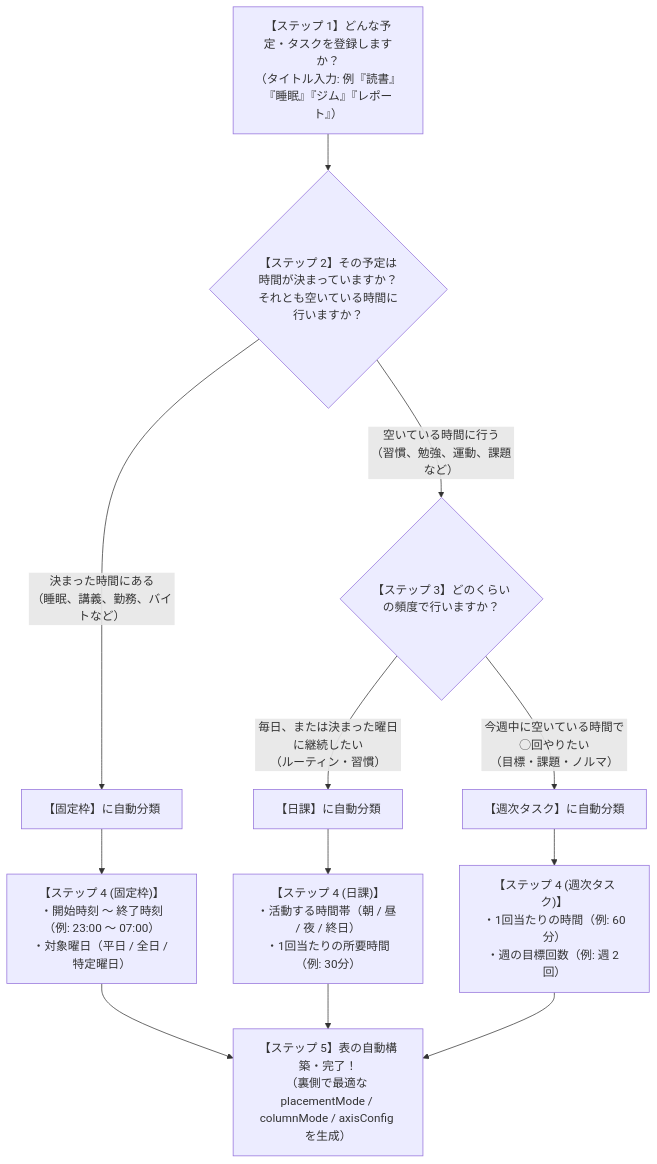
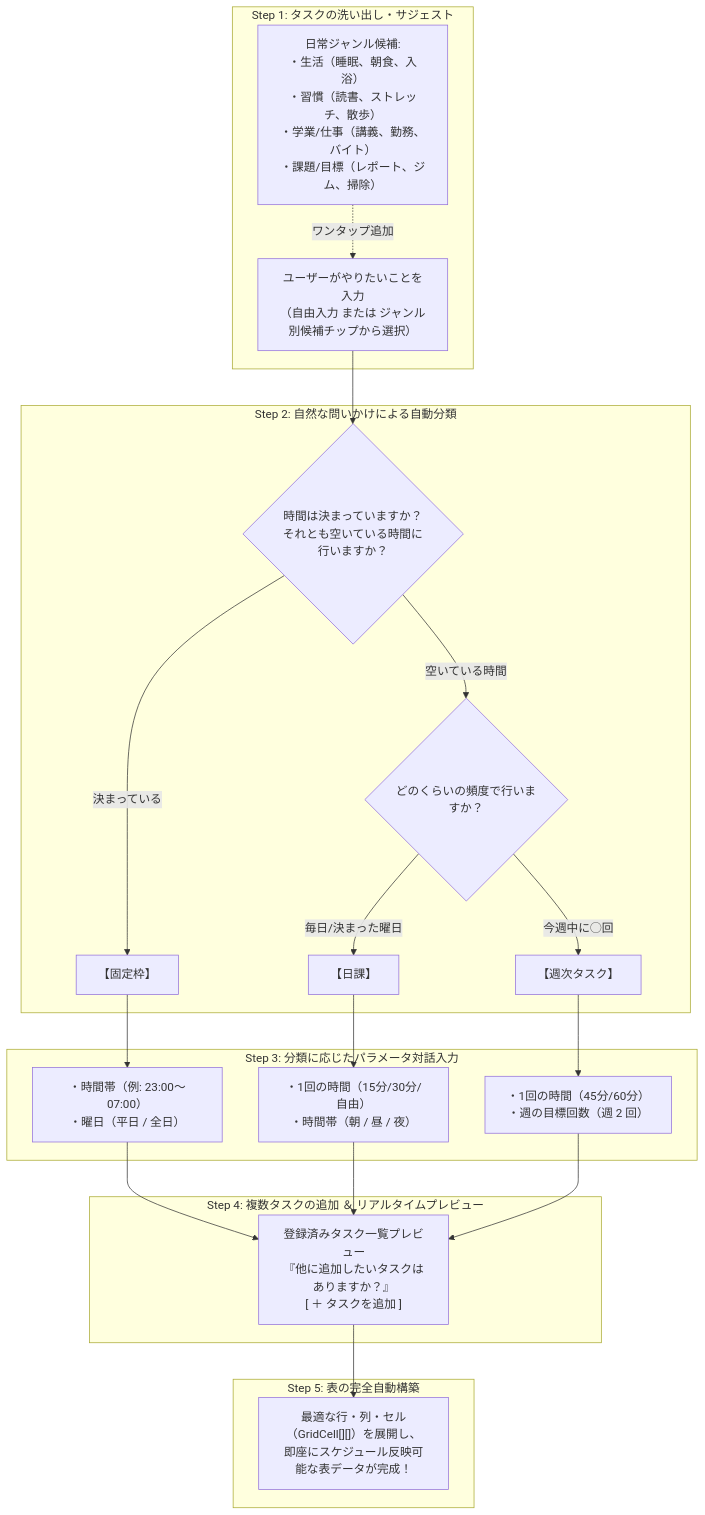
Before and after one commit to chku25062-sketch/creation_1: the third of 5 diagrams in Plan25.md, drawn with Mermaid. The commit also changed other lines of this file, not shown here.

Commit message:
docs(Plan25): 対話型テンプレートでのタスク洗い出し・サジェスト・連続入力プレビュー仕様を拡充

````diff
--- a/Plan25.md
+++ b/Plan25.md
@@ -64,19 +64,33 @@
 ```mermaid
 flowchart TD
-    Start["【ステップ 1】どんな予定・タスクを登録しますか？\n（タイトル入力: 例『読書』『睡眠』『ジム』『レポート』）"]
-    Start --> Q_Time{"【ステップ 2】その予定は時間が決まっていますか？\nそれとも空いている時間に行いますか？"}
-    
-    Q_Time -->|決まった時間にある\n（睡眠、講義、勤務、バイトなど）| Branch_Fixed["【固定枠】に自動分類"]
-    Q_Time -->|空いている時間に行う\n（習慣、勉強、運動、課題など）| Q_Freq{"【ステップ 3】どのくらいの頻度で行いますか？"}
-    
-    Q_Freq -->|毎日、または決まった曜日に継続したい\n（ルーティン・習慣）| Branch_Daily["【日課】に自動分類"]
-    Q_Freq -->|今週中に空いている時間で◯回やりたい\n（目標・課題・ノルマ）| Branch_Weekly["【週次タスク】に自動分類"]
-    
-    Branch_Fixed --> Follow_Fixed["【ステップ 4 (固定枠)】\n・開始時刻 〜 終了時刻（例: 23:00 〜 07:00）\n・対象曜日（平日 / 全日 / 特定曜日）"]
-    Branch_Daily --> Follow_Daily["【ステップ 4 (日課)】\n・活動する時間帯（朝 / 昼 / 夜 / 終日）\n・1回当たりの所要時間（例: 30分）"]
-    Branch_Weekly --> Follow_Weekly["【ステップ 4 (週次タスク)】\n・1回当たりの時間（例: 60分）\n・週の目標回数（例: 週 2 回）"]
-    
-    Follow_Fixed --> Complete["【ステップ 5】表の自動構築・完了！\n（裏側で最適な placementMode / columnMode / axisConfig を生成）"]
-    Follow_Daily --> Complete
-    Follow_Weekly --> Complete
+    subgraph Step1["Step 1: タスクの洗い出し・サジェスト"]
+        Input["ユーザーがやりたいことを入力\n（自由入力 または ジャンル別候補チップから選択）"]
+        Suggest["日常ジャンル候補:\n・生活（睡眠、朝食、入浴）\n・習慣（読書、ストレッチ、散歩）\n・学業/仕事（講義、勤務、バイト）\n・課題/目標（レポート、ジム、掃除）"]
+        Suggest -.->|ワンタップ追加| Input
+    end
+
+    subgraph Step2["Step 2: 自然な問いかけによる自動分類"]
+        Q_Time{"時間は決まっていますか？\nそれとも空いている時間に行いますか？"}
+        Input --> Q_Time
+        Q_Time -->|決まっている| Fixed["【固定枠】"]
+        Q_Time -->|空いている時間| Q_Freq{"どのくらいの頻度で行いますか？"}
+        Q_Freq -->|毎日/決まった曜日| Daily["【日課】"]
+        Q_Freq -->|今週中に◯回| Weekly["【週次タスク】"]
+    end
+
+    subgraph Step3["Step 3: 分類に応じたパラメータ対話入力"]
+        Fixed --> Form_Fixed["・時間帯（例: 23:00〜07:00）\n・曜日（平日 / 全日）"]
+        Daily --> Form_Daily["・1回の時間（15分/30分/自由）\n・時間帯（朝 / 昼 / 夜）"]
+        Weekly --> Form_Weekly["・1回の時間（45分/60分）\n・週の目標回数（週 2 回）"]
+    end
+
+    subgraph Step4["Step 4: 複数タスクの追加 ＆ リアルタイムプレビュー"]
+        Form_Fixed --> Preview["登録済みタスク一覧プレビュー\n『他に追加したいタスクはありますか？』\n[ ＋ タスクを追加 ]"]
+        Form_Daily --> Preview
+        Form_Weekly --> Preview
+    end
+
+    subgraph Step5["Step 5: 表の完全自動構築"]
+        Preview --> Build["最適な行・列・セル（GridCell[][]）を展開し、\n即座にスケジュール反映可能な表データが完成！"]
+    end
 ```
````
